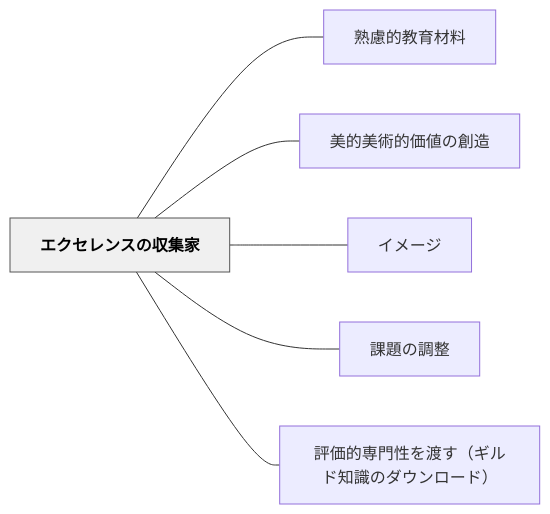
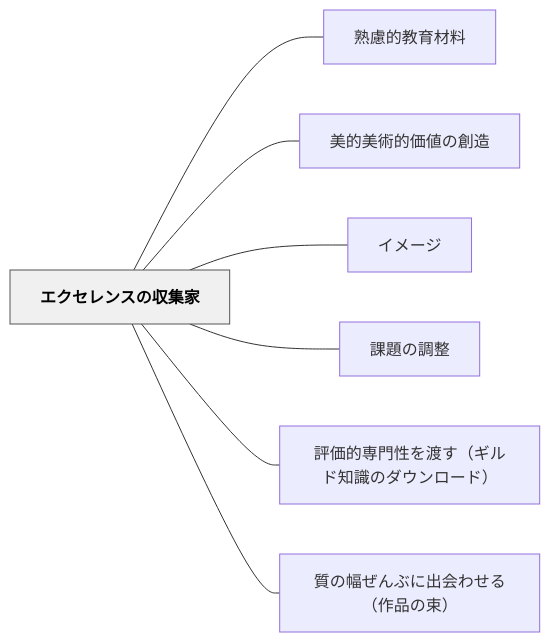
The diagram in content/パタン/エクセレンスの収集家.md (unknownthings-ed-patterns/unknownthings-ed-patterns), drawn with Mermaid before and after one commit. The commit also changed other lines of this file and 18 other files, not shown here.

````diff
--- a/content/パタン/エクセレンスの収集家.md
+++ b/content/パタン/エクセレンスの収集家.md
@@ -50,18 +51,20 @@
 ```mermaid
 flowchart LR
     ne382a8e382afe382bbe383ace383b3e382b9e381aee58f8ee99b86e5aeb6["エクセレンスの収集家"]
     ne7869fe685aee79a84e69599e882b2e69d90e69699["熟慮的教育材料"]
     ne7be8ee79a84e7be8ee8a193e79a84e4bea1e580a4e381aee589b5e980a0["美的美術的価値の創造"]
     ne382a4e383a1e383bce382b8["イメージ"]
     ne8aab2e9a18ce381aee8aabfe695b4["課題の調整"]
     ne8a995e4bea1e79a84e5b082e99680e680a7e38292e6b8a1e38199efbc88e382aee383abe38389e79fa5e8ad98e381aee38380e382a6e383b3e383ade383bce38389efbc89["評価的専門性を渡す（ギルド知識のダウンロード）"]
+    ne8b3aae381aee5b985e3819ce38293e381b6e381abe587bae4bc9ae3828fe3819be3828befbc88e4bd9ce59381e381aee69d9fefbc89["質の幅ぜんぶに出会わせる（作品の束）"]
 
     ne382a8e382afe382bbe383ace383b3e382b9e381aee58f8ee99b86e5aeb6 --- ne7869fe685aee79a84e69599e882b2e69d90e69699
     ne382a8e382afe382bbe383ace383b3e382b9e381aee58f8ee99b86e5aeb6 --- ne7be8ee79a84e7be8ee8a193e79a84e4bea1e580a4e381aee589b5e980a0
     ne382a8e382afe382bbe383ace383b3e382b9e381aee58f8ee99b86e5aeb6 --- ne382a4e383a1e383bce382b8
     ne382a8e382afe382bbe383ace383b3e382b9e381aee58f8ee99b86e5aeb6 --- ne8aab2e9a18ce381aee8aabfe695b4
     ne382a8e382afe382bbe383ace383b3e382b9e381aee58f8ee99b86e5aeb6 --- ne8a995e4bea1e79a84e5b082e99680e680a7e38292e6b8a1e38199efbc88e382aee383abe38389e79fa5e8ad98e381aee38380e382a6e383b3e383ade383bce38389efbc89
+    ne382a8e382afe382bbe383ace383b3e382b9e381aee58f8ee99b86e5aeb6 --- ne8b3aae381aee5b985e3819ce38293e381b6e381abe587bae4bc9ae3828fe3819be3828befbc88e4bd9ce59381e381aee69d9fefbc89
 
     classDef hub fill:#f0f0f0,stroke:#555,color:#000,font-weight:bold
     class ne382a8e382afe382bbe383ace383b3e382b9e381aee58f8ee99b86e5aeb6 hub
 ```
````
